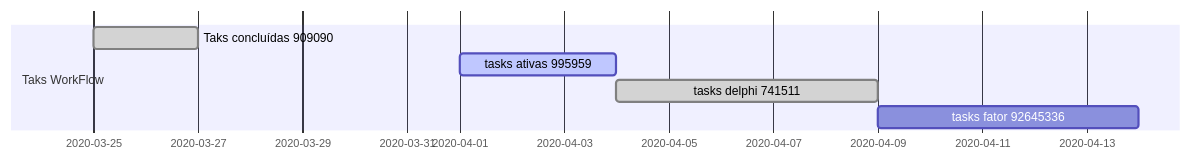
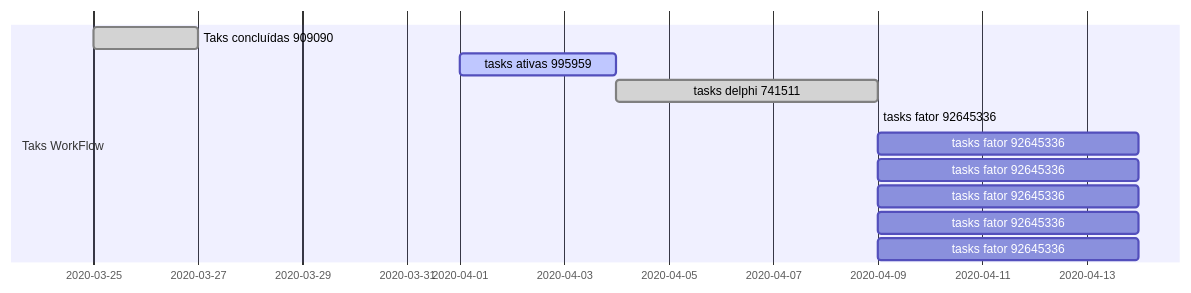
The diagram in README.md (alexbmw00/teste), drawn with Mermaid before and after one commit.

````diff
--- a/README.md
+++ b/README.md
@@ -1,9 +1,14 @@
 ```mermaid
 gantt
 dateFormat  YYYY-MM-DD
 section Taks WorkFlow
 Taks concluídas     909090       :done,    des1, 2020-03-25,2020-03-27
 tasks ativas      995959         :active,  des2, 2020-04-01, 3d
-tasks delphi     741511          :done,         des3, after des2, 5d
+tasks delphi     741511          :done,    des3, after des2, 5d
+tasks fator      92645336:       :  des4, after des3, 5d7
+tasks fator      92645336:       :  des4, after des3, 5d
+tasks fator      92645336:       :  des4, after des3, 5d
+tasks fator      92645336:       :  des4, after des3, 5d
+tasks fator      92645336:       :  des4, after des3, 5d
 tasks fator      92645336:       :  des4, after des3, 5d
 ```
````
